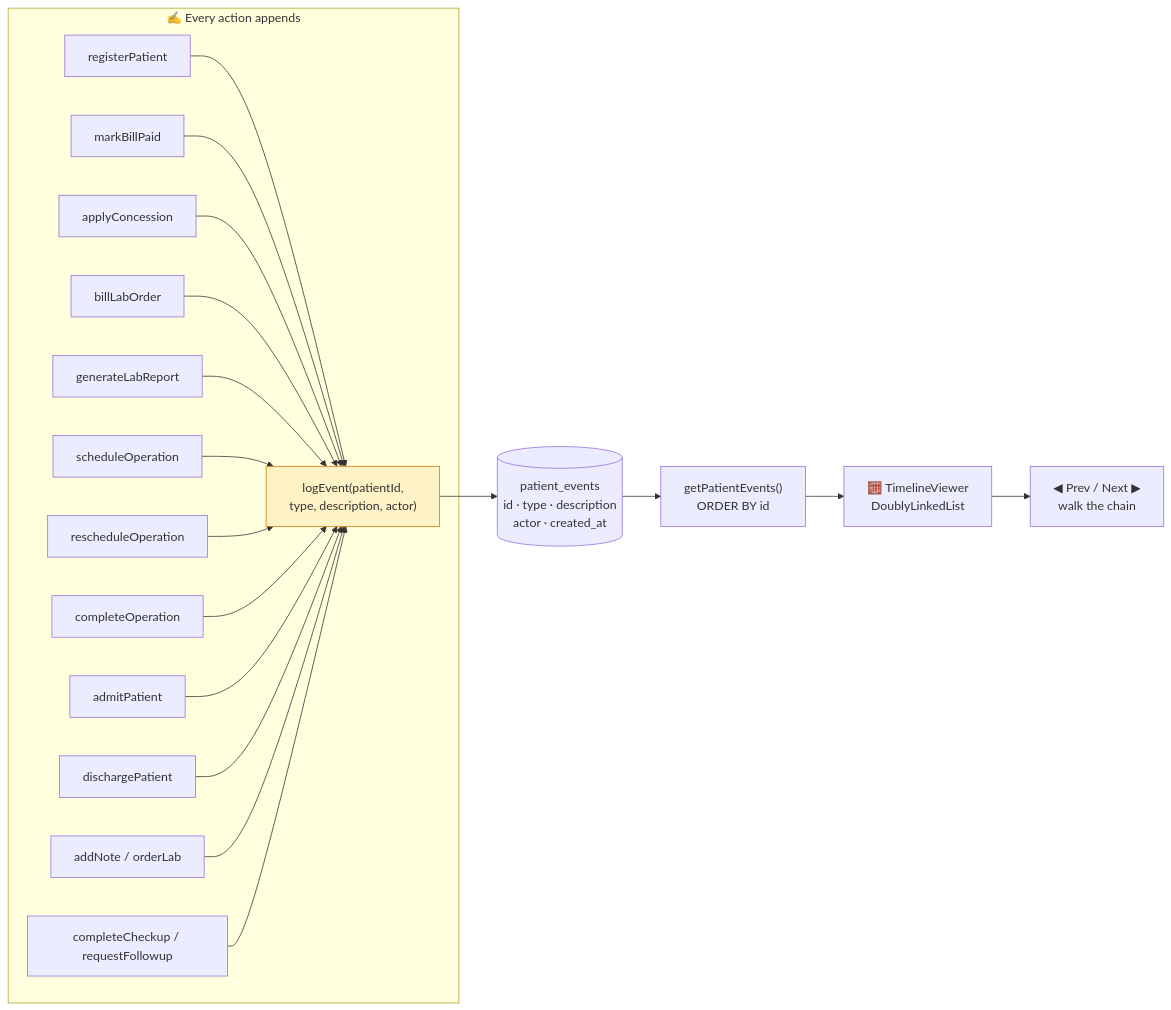
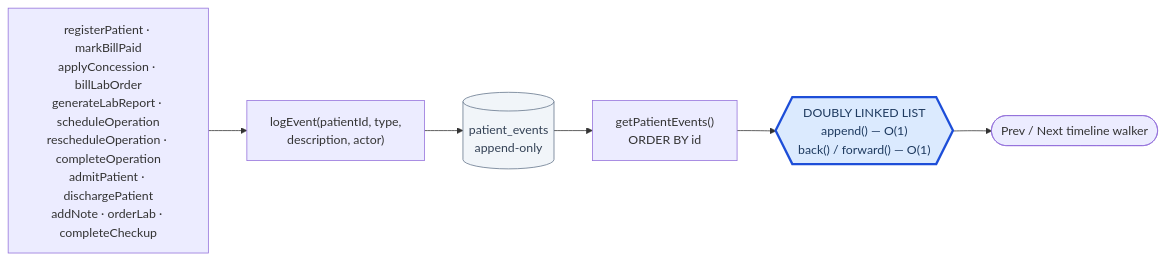
Diagram 20 of 22 in flow.md (themuzzamil/Hospital-Management-System), drawn with Mermaid before and after one commit. The commit also changed other lines of this file, not shown here.

````diff
--- a/flow.md
+++ b/flow.md
@@ -634,25 +634,13 @@
 ```mermaid
 flowchart LR
-    subgraph WRITE["✍️ Every action appends"]
-        A1["registerPatient"] --> L["logEvent(patientId,<br/>type, description, actor)"]
-        A2["markBillPaid"] --> L
-        A3["applyConcession"] --> L
-        A4["billLabOrder"] --> L
-        A5["generateLabReport"] --> L
-        A6["scheduleOperation"] --> L
-        A7["rescheduleOperation"] --> L
-        A8["completeOperation"] --> L
-        A9["admitPatient"] --> L
-        A10["dischargePatient"] --> L
-        A11["addNote / orderLab"] --> L
-        A12["completeCheckup / requestFollowup"] --> L
-    end
+    A["registerPatient · markBillPaid<br/>applyConcession · billLabOrder<br/>generateLabReport · scheduleOperation<br/>rescheduleOperation · completeOperation<br/>admitPatient · dischargePatient<br/>addNote · orderLab · completeCheckup"] --> B["logEvent(patientId, type,<br/>description, actor)"]
+    B --> C[("patient_events<br/>append-only")]
+    C --> D["getPatientEvents()<br/>ORDER BY id"]
+    D --> E{{"DOUBLY LINKED LIST<br/>append() — O(1)<br/>back() / forward() — O(1)"}}
+    E --> F(["Prev / Next timeline walker"])
 
-    L --> DB[("patient_events<br/>id · type · description<br/>actor · created_at")]
-
-    DB --> READ["getPatientEvents()<br/>ORDER BY id"]
-    READ --> TV["🧮 TimelineViewer<br/>DoublyLinkedList"]
-    TV --> UI["◀ Prev / Next ▶<br/>walk the chain"]
-
-    style L fill:#fef3c7,stroke:#d97706
+    classDef dsa fill:#dbeafe,stroke:#1d4ed8,stroke-width:3px,color:#1e3a5f
+    classDef db fill:#f1f5f9,stroke:#64748b,color:#334155
+    class E dsa
+    class C db
 ```
````
